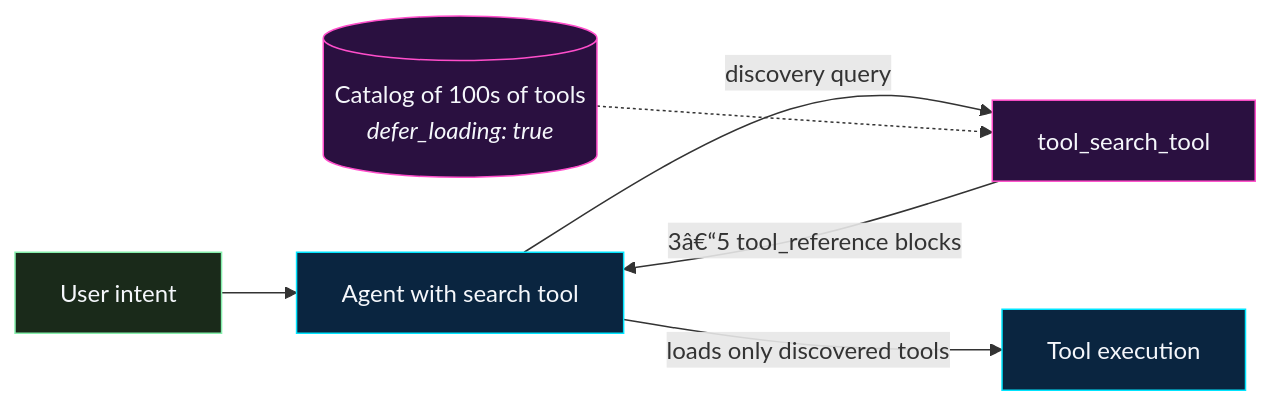
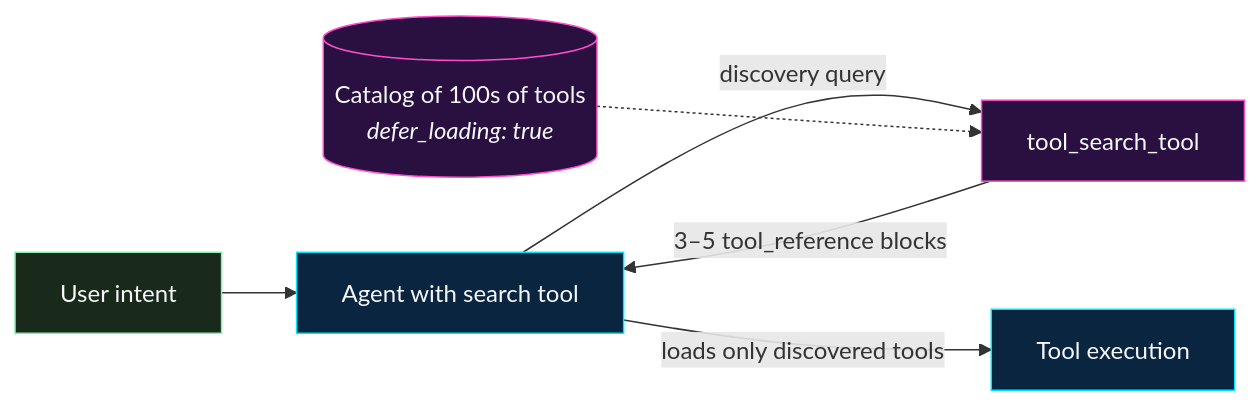
One commit to stevologic/security-recipes.ai changed the second of 6 diagrams in content/fundamentals/emerging-patterns/_index.md. Above: the diagram before and after it, drawn with Mermaid. The commit also changed other lines of this file and 19 other files, not shown here.

````diff
--- a/content/fundamentals/emerging-patterns/_index.md
+++ b/content/fundamentals/emerging-patterns/_index.md
@@ -248,15 +248,15 @@
 ```mermaid
 flowchart LR
     USER[User intent] --> AGENT[Agent with search tool]
     AGENT -->|discovery query| SEARCH[tool_search_tool]
-    SEARCH -->|3â€“5 tool_reference blocks| AGENT
+    SEARCH -->|3–5 tool_reference blocks| AGENT
     AGENT -->|loads only discovered tools| RUN[Tool execution]
     CAT[(Catalog of 100s of tools<br/><i>defer_loading: true</i>)] -.-> SEARCH
 
     classDef agent fill:#0a2540,stroke:#00e5ff,color:#f5f7fb;
     classDef tool fill:#2a1040,stroke:#ff4ecb,color:#f5f7fb;
     classDef io fill:#1a2a1a,stroke:#86efac,color:#f5f7fb;
     class AGENT,RUN agent
     class SEARCH,CAT tool
     class USER io
 ```
````
